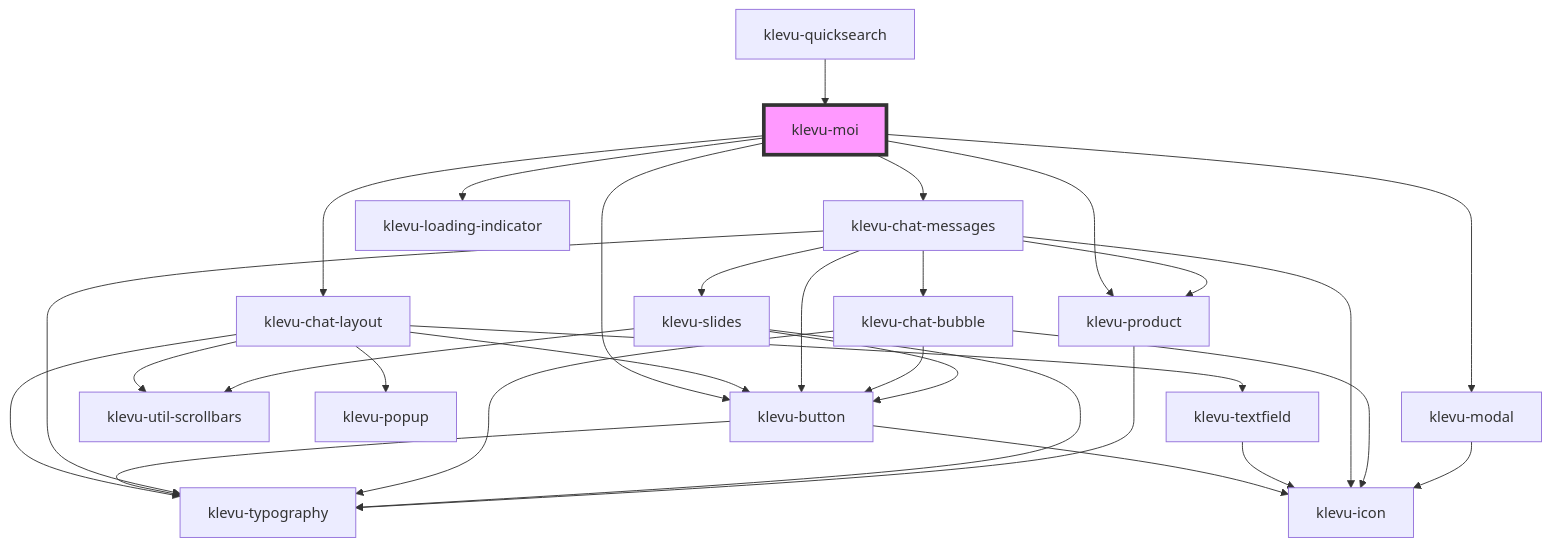
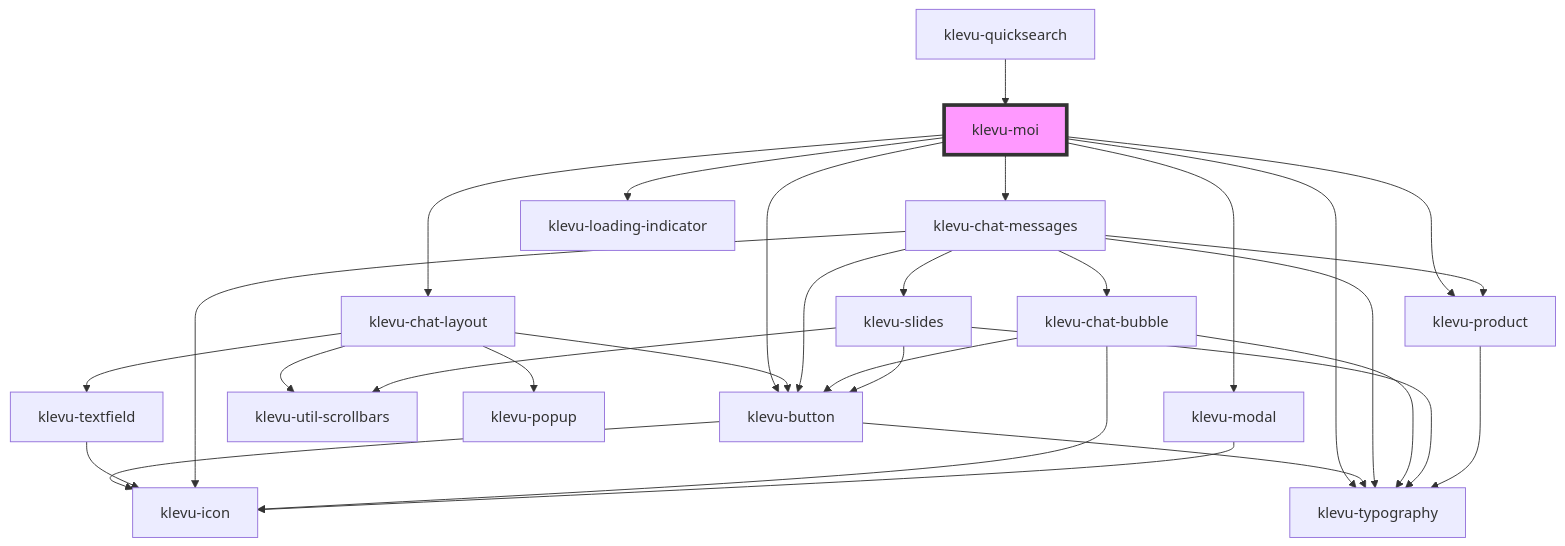
Before and after one commit to klevultd/frontend-sdk: the diagram in packages/klevu-ui/src/components/klevu-moi/readme.md, drawn with Mermaid. The commit also changed other lines of this file and 16 other files, not shown here.

````diff
--- a/packages/klevu-ui/src/components/klevu-moi/readme.md
+++ b/packages/klevu-ui/src/components/klevu-moi/readme.md
@@ -65,33 +68,33 @@
 ```mermaid
 graph TD;
   klevu-moi --> klevu-chat-layout
+  klevu-moi --> klevu-typography
+  klevu-moi --> klevu-button
   klevu-moi --> klevu-chat-messages
   klevu-moi --> klevu-loading-indicator
-  klevu-moi --> klevu-button
   klevu-moi --> klevu-modal
   klevu-moi --> klevu-product
-  klevu-chat-layout --> klevu-typography
-  klevu-chat-layout --> klevu-button
   klevu-chat-layout --> klevu-util-scrollbars
   klevu-chat-layout --> klevu-popup
+  klevu-chat-layout --> klevu-button
   klevu-chat-layout --> klevu-textfield
   klevu-button --> klevu-icon
   klevu-button --> klevu-typography
   klevu-textfield --> klevu-icon
   klevu-chat-messages --> klevu-chat-bubble
   klevu-chat-messages --> klevu-icon
   klevu-chat-messages --> klevu-typography
   klevu-chat-messages --> klevu-button
   klevu-chat-messages --> klevu-slides
   klevu-chat-messages --> klevu-product
   klevu-chat-bubble --> klevu-typography
   klevu-chat-bubble --> klevu-icon
   klevu-chat-bubble --> klevu-button
   klevu-slides --> klevu-typography
   klevu-slides --> klevu-button
   klevu-slides --> klevu-util-scrollbars
   klevu-product --> klevu-typography
   klevu-modal --> klevu-icon
   klevu-quicksearch --> klevu-moi
   style klevu-moi fill:#f9f,stroke:#333,stroke-width:4px
 ```
````
